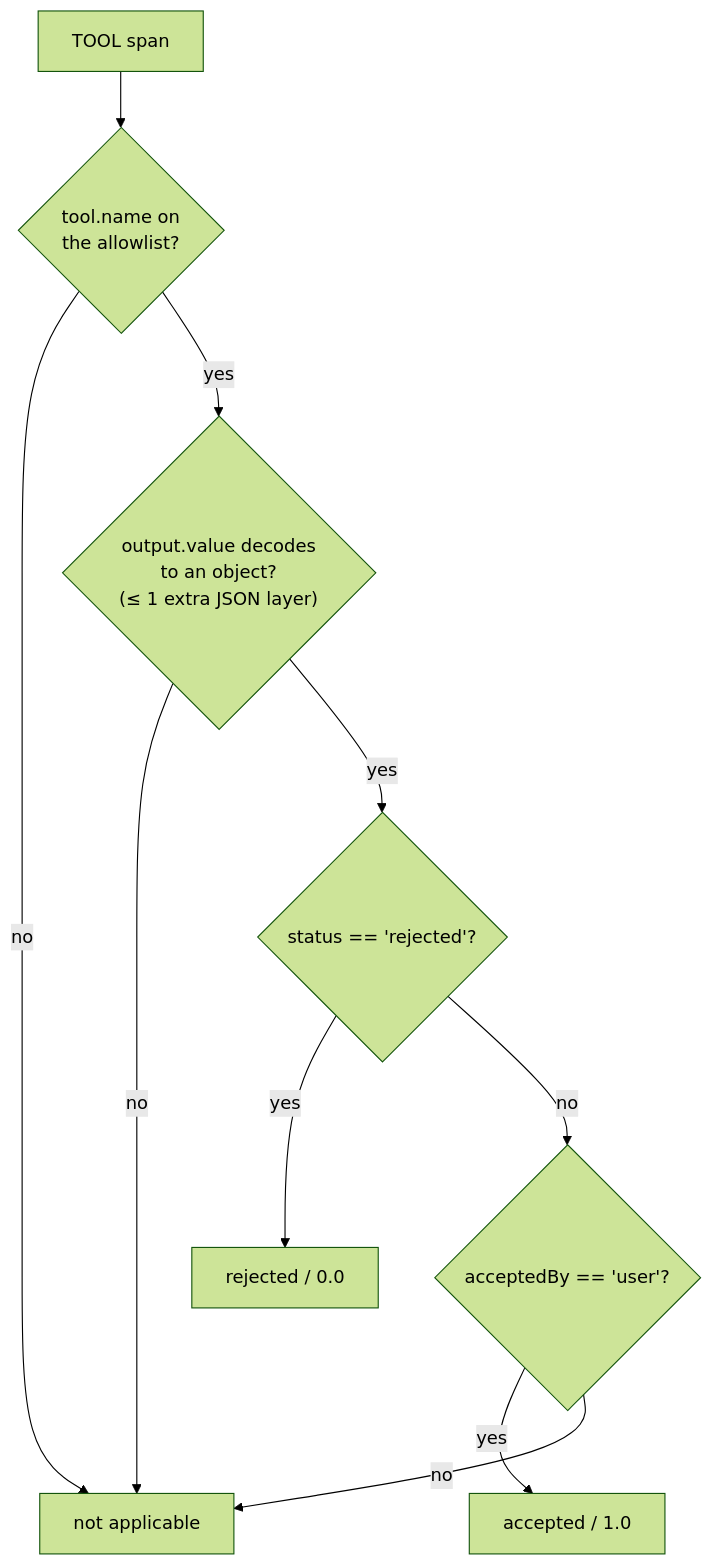
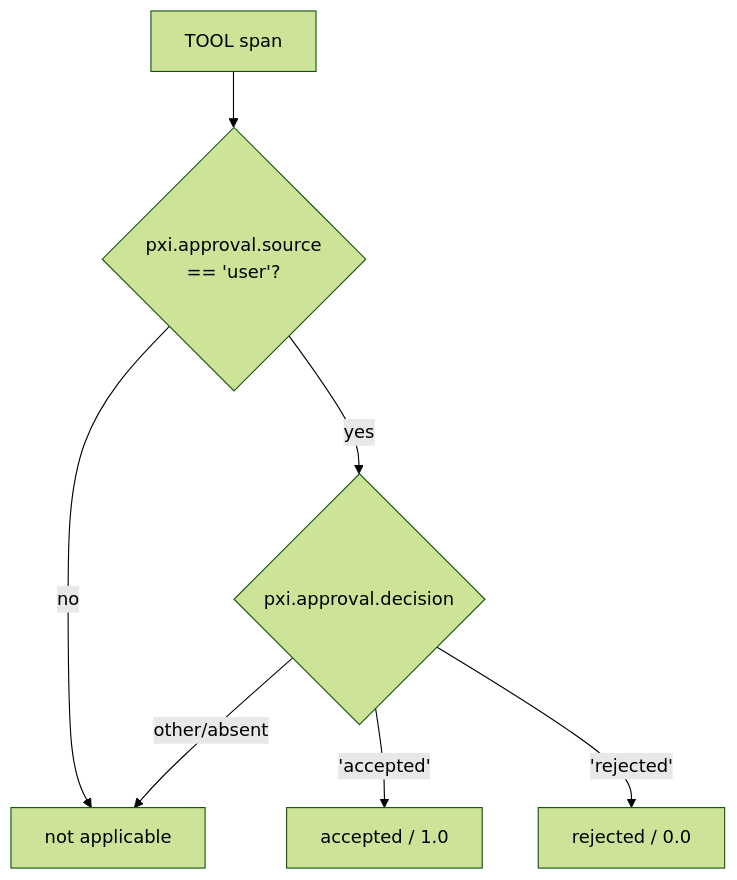
Before and after one commit to Arize-ai/phoenix: the second of 3 diagrams in evals/pxi/online_evals/OVERVIEW.md, drawn with Mermaid (forest theme). The commit also changed other lines of this file and 8 other files, not shown here.

````diff
--- a/evals/pxi/online_evals/OVERVIEW.md
+++ b/evals/pxi/online_evals/OVERVIEW.md
@@ -100,12 +108,9 @@
 ```mermaid
 flowchart TD
-    A["TOOL span"] --> B{"tool.name on<br/>the allowlist?"}
+    A["TOOL span"] --> B{"pxi.approval.source<br/>== 'user'?"}
     B -- no --> N["not applicable"]
-    B -- yes --> C{"output.value decodes<br/>to an object?<br/>(≤ 1 extra JSON layer)"}
-    C -- no --> N
-    C -- yes --> D{"status == 'rejected'?"}
-    D -- yes --> R["rejected / 0.0"]
-    D -- no --> E{"acceptedBy == 'user'?"}
-    E -- yes --> S["accepted / 1.0"]
-    E -- no --> N
+    B -- yes --> C{"pxi.approval.decision"}
+    C -- "'accepted'" --> S["accepted / 1.0"]
+    C -- "'rejected'" --> R["rejected / 0.0"]
+    C -- other/absent --> N
 ```
````
